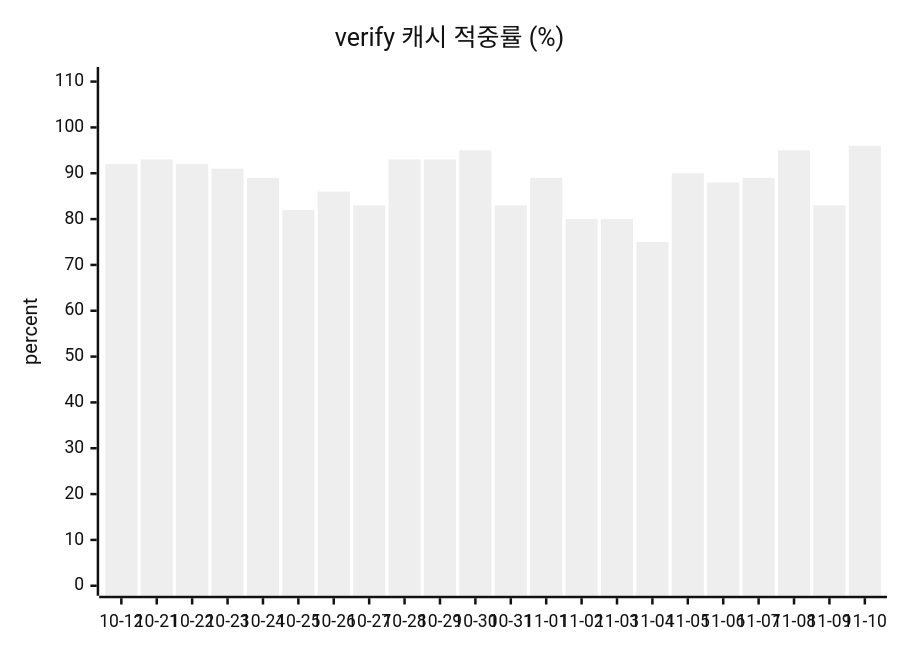
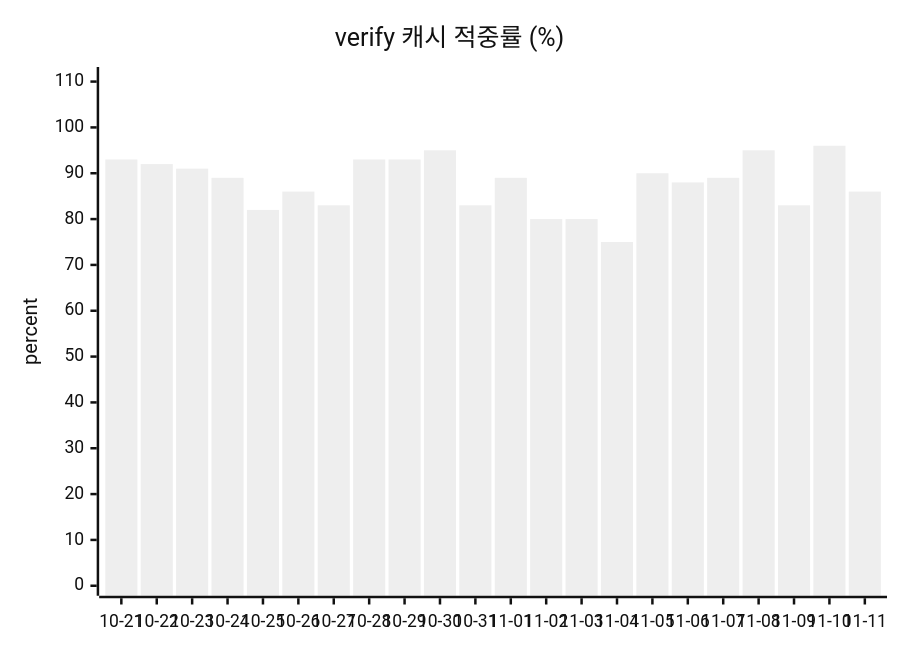
One commit to userri/PinQ-backend changed the second of 2 diagrams in docs/data/token-usage.md. Above: the diagram before and after it, drawn with Mermaid (neutral theme). The commit also changed other lines of this file and 3 other files, not shown here.

````diff
--- a/docs/data/token-usage.md
+++ b/docs/data/token-usage.md
@@ -120,7 +120,7 @@
 ```mermaid
 xychart-beta
     title "verify 캐시 적중률 (%)"
-    x-axis ["10-12", "10-21", "10-22", "10-23", "10-24", "10-25", "10-26", "10-27", "10-28", "10-29", "10-30", "10-31", "11-01", "11-02", "11-03", "11-04", "11-05", "11-06", "11-07", "11-08", "11-09", "11-10"]
+    x-axis ["10-21", "10-22", "10-23", "10-24", "10-25", "10-26", "10-27", "10-28", "10-29", "10-30", "10-31", "11-01", "11-02", "11-03", "11-04", "11-05", "11-06", "11-07", "11-08", "11-09", "11-10", "11-11"]
     y-axis "percent" 0 --> 111
-    bar [92, 93, 92, 91, 89, 82, 86, 83, 93, 93, 95, 83, 89, 80, 80, 75, 90, 88, 89, 95, 83, 96]
+    bar [93, 92, 91, 89, 82, 86, 83, 93, 93, 95, 83, 89, 80, 80, 75, 90, 88, 89, 95, 83, 96, 86]
 ```
````
